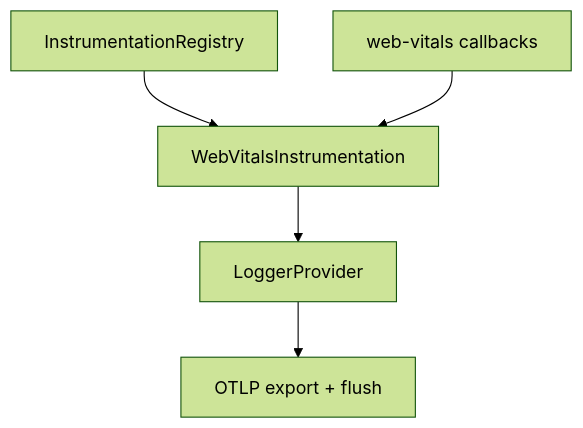
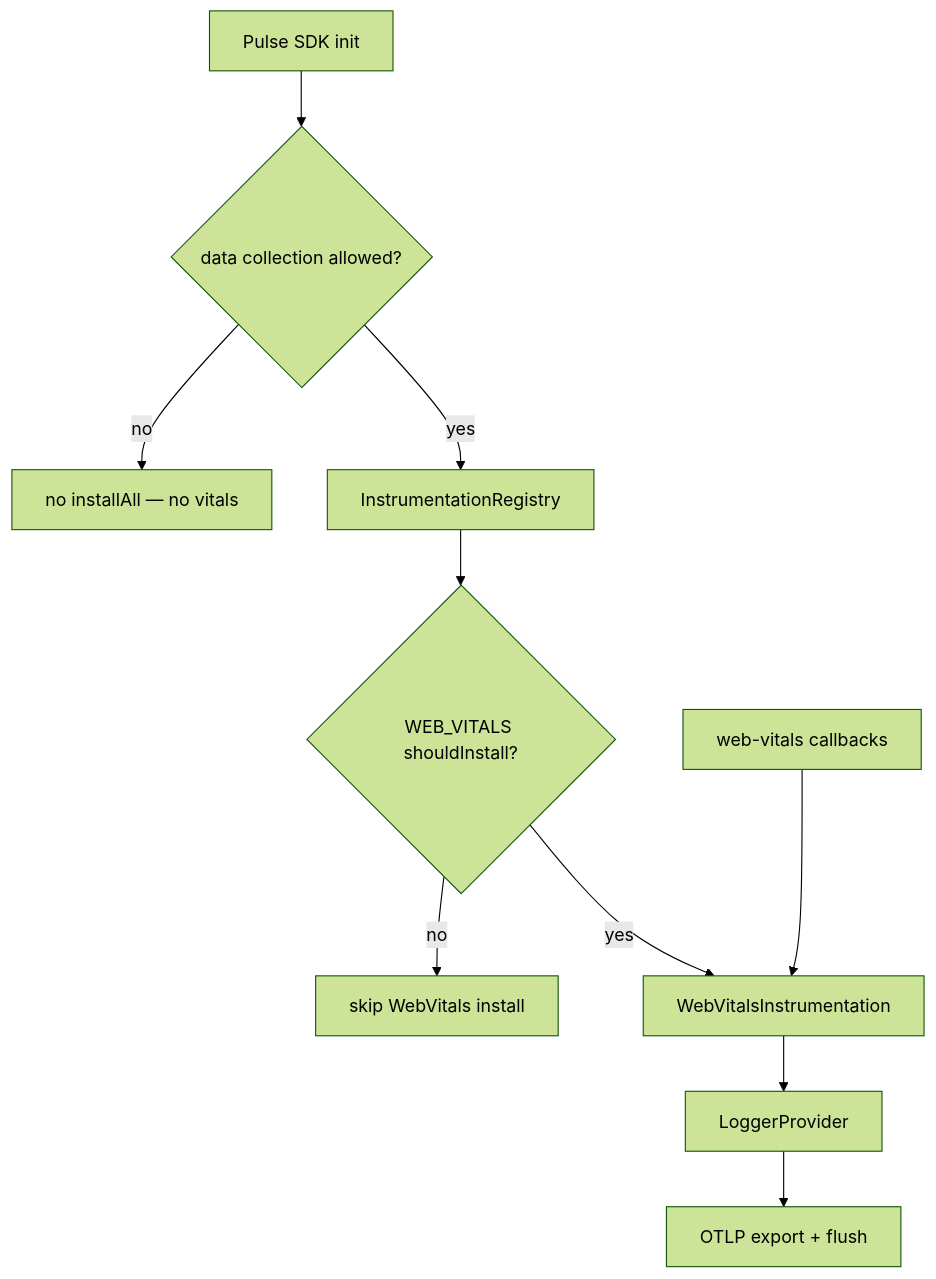
One commit to dream-horizon-org/pulse changed the first of 3 diagrams in pulse-web-otel/docs/instrumentations/web-vitals/SPEC.md. Above: the diagram before and after it, drawn with Mermaid (forest theme). The commit also changed other lines of this file and 19 other files, not shown here.

First line of the commit message:
feat(web-sdk): bump web-vitals to v5; drop FID; always emit nav attrs and delta

````diff
--- a/pulse-web-otel/docs/instrumentations/web-vitals/SPEC.md
+++ b/pulse-web-otel/docs/instrumentations/web-vitals/SPEC.md
@@ -48,12 +66,20 @@
 ```mermaid
 flowchart TB
+  SDK["Pulse SDK init"]
+  Consent{data collection allowed?}
   Reg["InstrumentationRegistry"]
+  Gate{WEB_VITALS shouldInstall?}
   WV["WebVitalsInstrumentation"]
   Lib["web-vitals callbacks"]
   Log["LoggerProvider"]
   Exp["OTLP export + flush"]
-  Reg --> WV
+  SDK --> Consent
+  Consent -->|no| Skip["no installAll — no vitals"]
+  Consent -->|yes| Reg
+  Reg --> Gate
+  Gate -->|no| Skip2["skip WebVitals install"]
+  Gate -->|yes| WV
   Lib --> WV
   WV --> Log
   Log --> Exp
 ```
````
